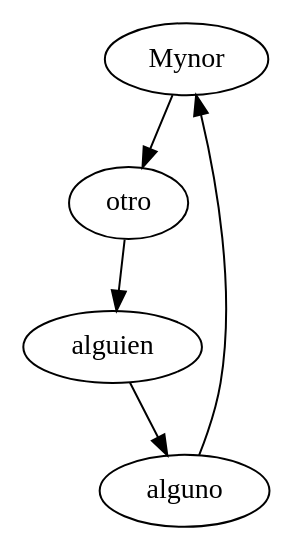
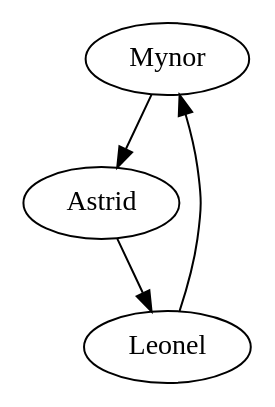
Before and after one commit to Mynor16/Practica1s12017_201213197: the diagram in src/PLCircular/GraficaListaCircular.dot, drawn with Graphviz. The commit also changed 15 other files, not shown here.

```diff
--- a/src/PLCircular/GraficaListaCircular.dot
+++ b/src/PLCircular/GraficaListaCircular.dot
@@ -1,10 +1,8 @@
 digraph G 
  {Mynor;
-otro;
-alguien;
-alguno;
-Mynor->otro;
-otro->alguien;
-alguien->alguno;
-alguno->Mynor;
+Astrid;
+Leonel;
+Mynor->Astrid;
+Astrid->Leonel;
+Leonel->Mynor;
 }
```
